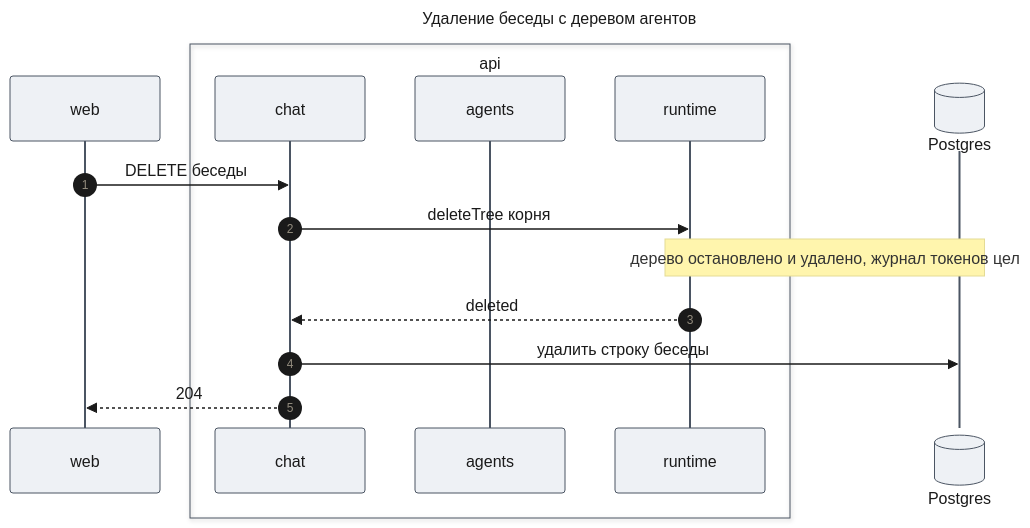
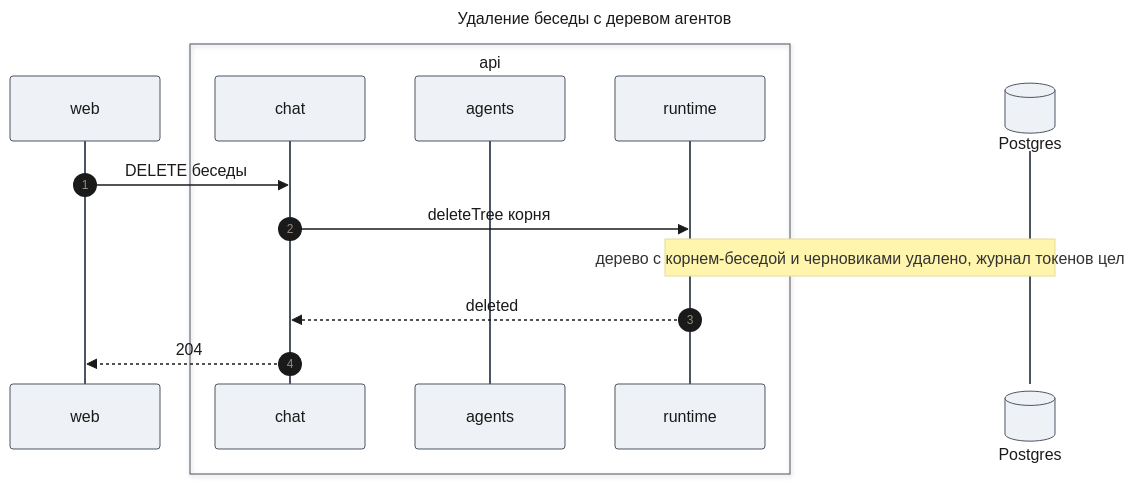
Before and after one commit to tundraray/agent-os: the ninth of 10 diagrams in docs/features/agent-platform/design-chat.md, drawn with Mermaid. The commit also changed other lines of this file, not shown here.

Commit message:
docs(agent-platform): bring the chat design in line with the root-session model

````diff
--- a/docs/features/agent-platform/design-chat.md
+++ b/docs/features/agent-platform/design-chat.md
@@ -649,36 +650,34 @@
 ```mermaid
 ---
 title: "Удаление беседы с деревом агентов"
 config:
   themeCSS: |
-    @keyframes lit_s6{0%,18%{stroke:#991b1b;stroke-width:6px}20%,100%{stroke:#37474f;stroke-width:2px}}
-    @keyframes litr_s6{0%,18%{stroke:#1d4ed8;stroke-width:6px}20%,100%{stroke:#37474f;stroke-width:2px}}
-    .messageLine0[data-id='i1'],.messageLine1[data-id='i1']{animation:lit_s6 6s linear 0s infinite}
-    .messageLine0[data-id='i2'],.messageLine1[data-id='i2']{animation:lit_s6 6s linear 1.2s infinite}
-    .messageLine0[data-id='i4'],.messageLine1[data-id='i4']{animation:litr_s6 6s linear 2.4s infinite}
-    .messageLine0[data-id='i5'],.messageLine1[data-id='i5']{animation:lit_s6 6s linear 3.6s infinite}
-    .messageLine0[data-id='i6'],.messageLine1[data-id='i6']{animation:litr_s6 6s linear 4.8s infinite}
+    @keyframes lit_s6{0%,22.5%{stroke:#991b1b;stroke-width:6px}25%,100%{stroke:#37474f;stroke-width:2px}}
+    @keyframes litr_s6{0%,22.5%{stroke:#1d4ed8;stroke-width:6px}25%,100%{stroke:#37474f;stroke-width:2px}}
+    .messageLine0[data-id='i1'],.messageLine1[data-id='i1']{animation:lit_s6 4.8s linear 0s infinite}
+    .messageLine0[data-id='i2'],.messageLine1[data-id='i2']{animation:lit_s6 4.8s linear 1.2s infinite}
+    .messageLine0[data-id='i4'],.messageLine1[data-id='i4']{animation:litr_s6 4.8s linear 2.4s infinite}
+    .messageLine0[data-id='i5'],.messageLine1[data-id='i5']{animation:litr_s6 4.8s linear 3.6s infinite}
   theme: base
   look: classic
   themeVariables:
     primaryColor: "#eef1f5"
     primaryBorderColor: "#4b5563"
     primaryTextColor: "#1a1a1a"
     lineColor: "#6b7280"
 ---
 sequenceDiagram
     autonumber
     participant W as web
     box api
     participant C as chat
     participant A as agents
     participant R as runtime
     end
     participant DB@{ "type": "database" } as Postgres
     W->>C: DELETE беседы
     C->>R: deleteTree корня
-    Note over R,DB: дерево остановлено и удалено, журнал токенов цел
+    Note over R,DB: дерево с корнем-беседой и черновиками удалено, журнал токенов цел
     R-->>C: deleted
-    C->>DB: удалить строку беседы
     C-->>W: 204
 ```
````
